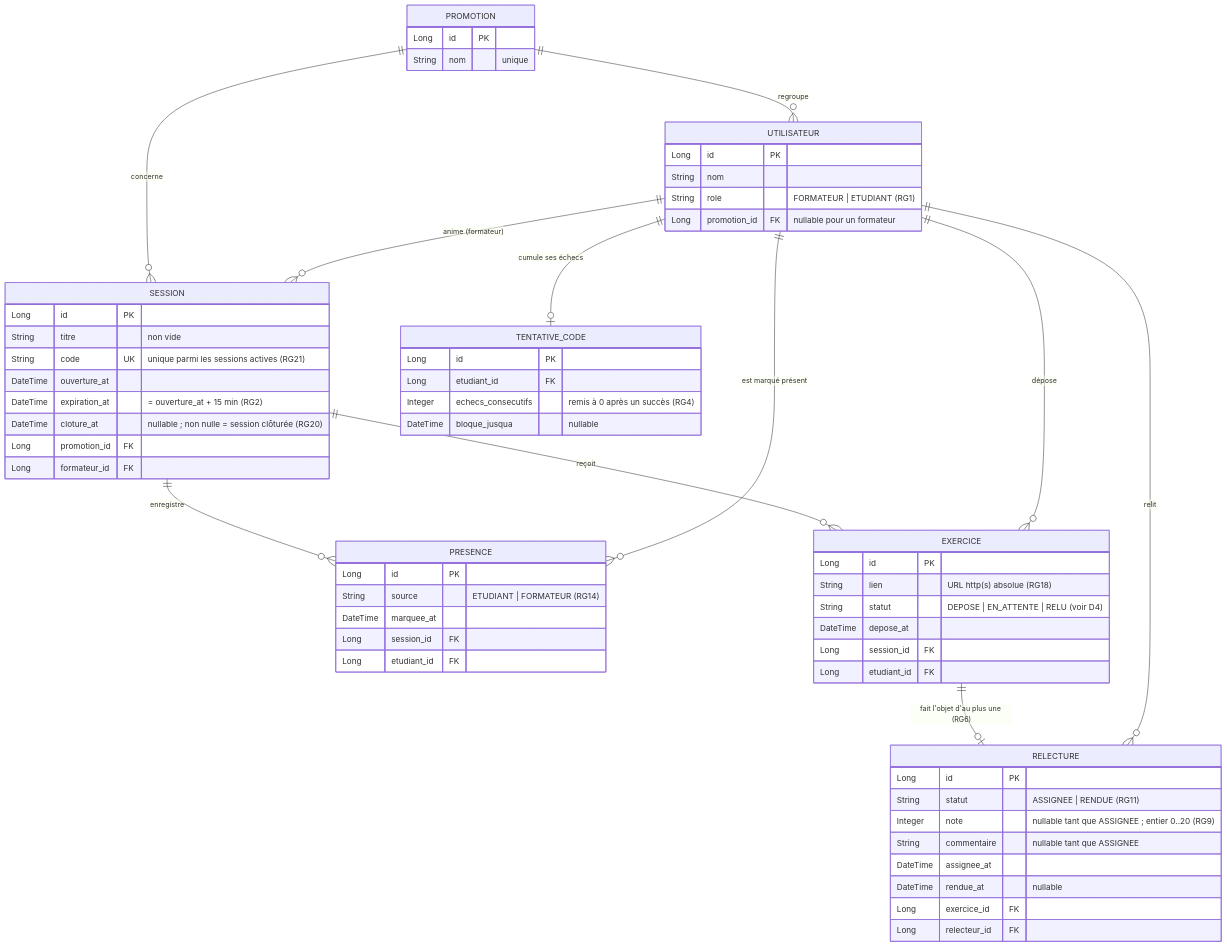
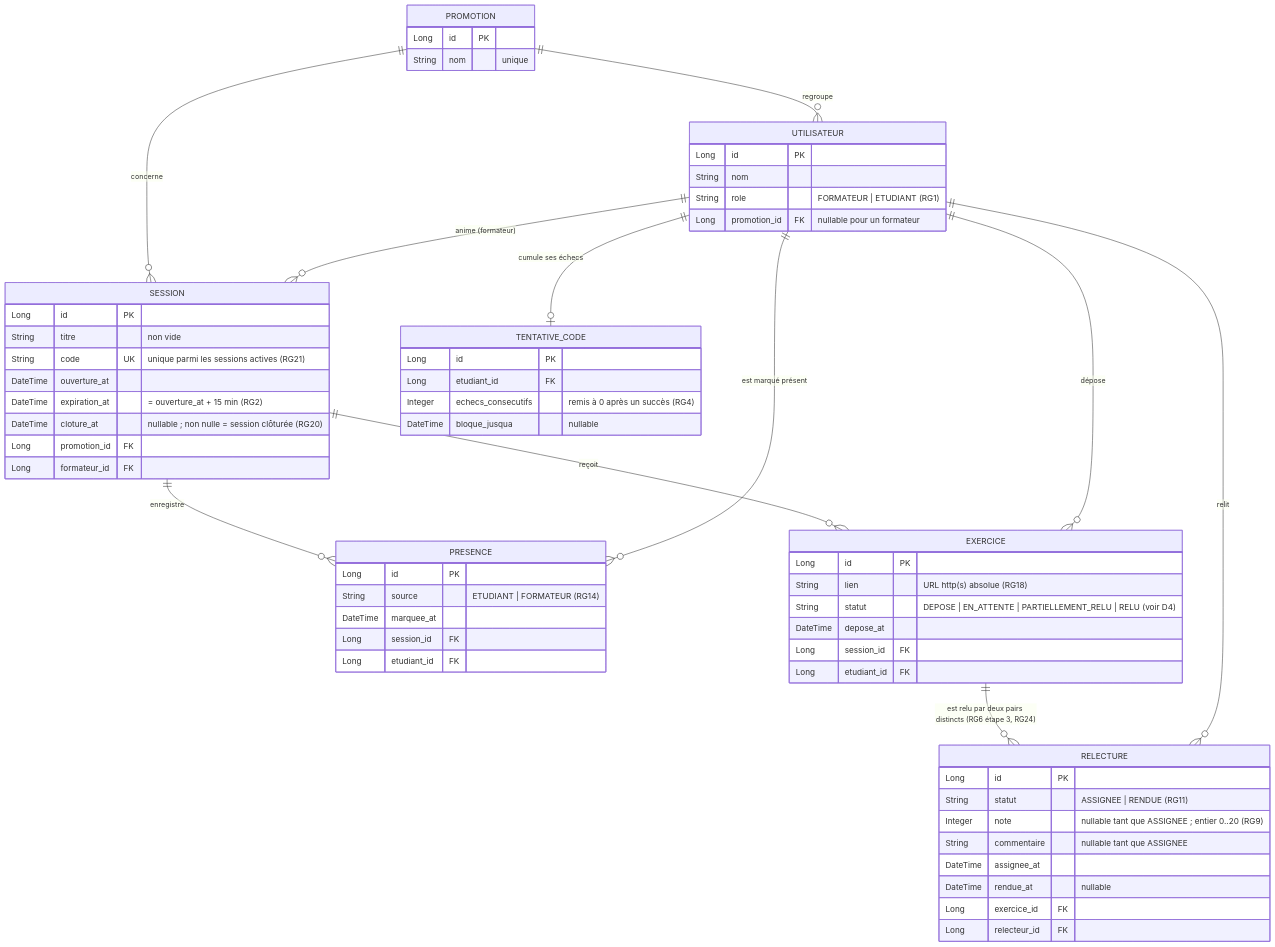
The diagram in docs/diagrammes/D2_modele_donnees.md (Tcheutch/kfokam48-epreuve-263), drawn with Mermaid before and after one commit. The commit also changed other lines of this file and 5 other files, not shown here.

````diff
--- a/docs/diagrammes/D2_modele_donnees.md
+++ b/docs/diagrammes/D2_modele_donnees.md
@@ -7,65 +12,65 @@
 ```mermaid
 erDiagram
     PROMOTION {
         Long id PK
         String nom "unique"
     }
     UTILISATEUR {
         Long id PK
         String nom
         String role "FORMATEUR | ETUDIANT (RG1)"
         Long promotion_id FK "nullable pour un formateur"
     }
     SESSION {
         Long id PK
         String titre "non vide"
         String code UK "unique parmi les sessions actives (RG21)"
         DateTime ouverture_at
         DateTime expiration_at "= ouverture_at + 15 min (RG2)"
         DateTime cloture_at "nullable ; non nulle = session clôturée (RG20)"
         Long promotion_id FK
         Long formateur_id FK
     }
     PRESENCE {
         Long id PK
         String source "ETUDIANT | FORMATEUR (RG14)"
         DateTime marquee_at
         Long session_id FK
         Long etudiant_id FK
     }
     EXERCICE {
         Long id PK
         String lien "URL http(s) absolue (RG18)"
-        String statut "DEPOSE | EN_ATTENTE | RELU (voir D4)"
+        String statut "DEPOSE | EN_ATTENTE | PARTIELLEMENT_RELU | RELU (voir D4)"
         DateTime depose_at
         Long session_id FK
         Long etudiant_id FK
     }
     RELECTURE {
         Long id PK
         String statut "ASSIGNEE | RENDUE (RG11)"
         Integer note "nullable tant que ASSIGNEE ; entier 0..20 (RG9)"
         String commentaire "nullable tant que ASSIGNEE"
         DateTime assignee_at
         DateTime rendue_at "nullable"
         Long exercice_id FK
         Long relecteur_id FK
     }
     TENTATIVE_CODE {
         Long id PK
         Long etudiant_id FK
         Integer echecs_consecutifs "remis à 0 après un succès (RG4)"
         DateTime bloque_jusqua "nullable"
     }
 
     PROMOTION  ||--o{ UTILISATEUR : "regroupe"
     PROMOTION  ||--o{ SESSION     : "concerne"
     UTILISATEUR ||--o{ SESSION    : "anime (formateur)"
     SESSION    ||--o{ PRESENCE    : "enregistre"
     UTILISATEUR ||--o{ PRESENCE   : "est marqué présent"
     SESSION    ||--o{ EXERCICE    : "reçoit"
     UTILISATEUR ||--o{ EXERCICE   : "dépose"
-    EXERCICE   ||--o| RELECTURE   : "fait l'objet d'au plus une (RG6)"
+    EXERCICE   ||--o{ RELECTURE   : "est relu par deux pairs distincts (RG6 étape 3, RG24)"
     UTILISATEUR ||--o{ RELECTURE  : "relit"
     UTILISATEUR ||--o| TENTATIVE_CODE : "cumule ses échecs"
 ```
````
